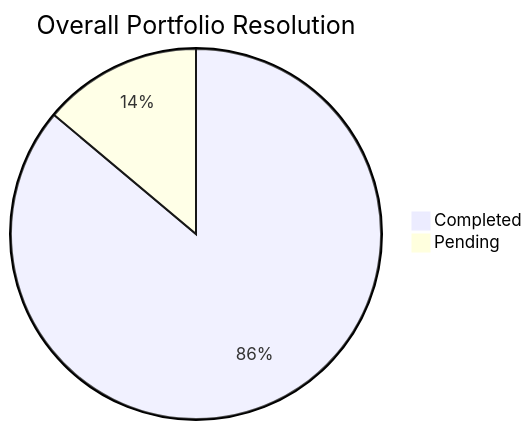
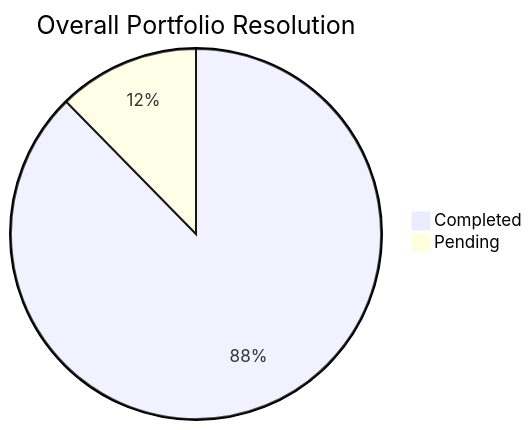
The diagram in Global_Summary.md (sagarms97/MyWorkDairy), drawn with Mermaid before and after one commit. The commit also changed other lines of this file and 6 other files, not shown here.

````diff
--- a/Global_Summary.md
+++ b/Global_Summary.md
@@ -12,5 +12,5 @@
 ```mermaid
 pie title Overall Portfolio Resolution
-    "Completed" : 62
+    "Completed" : 71
     "Pending" : 10
 ```
````
